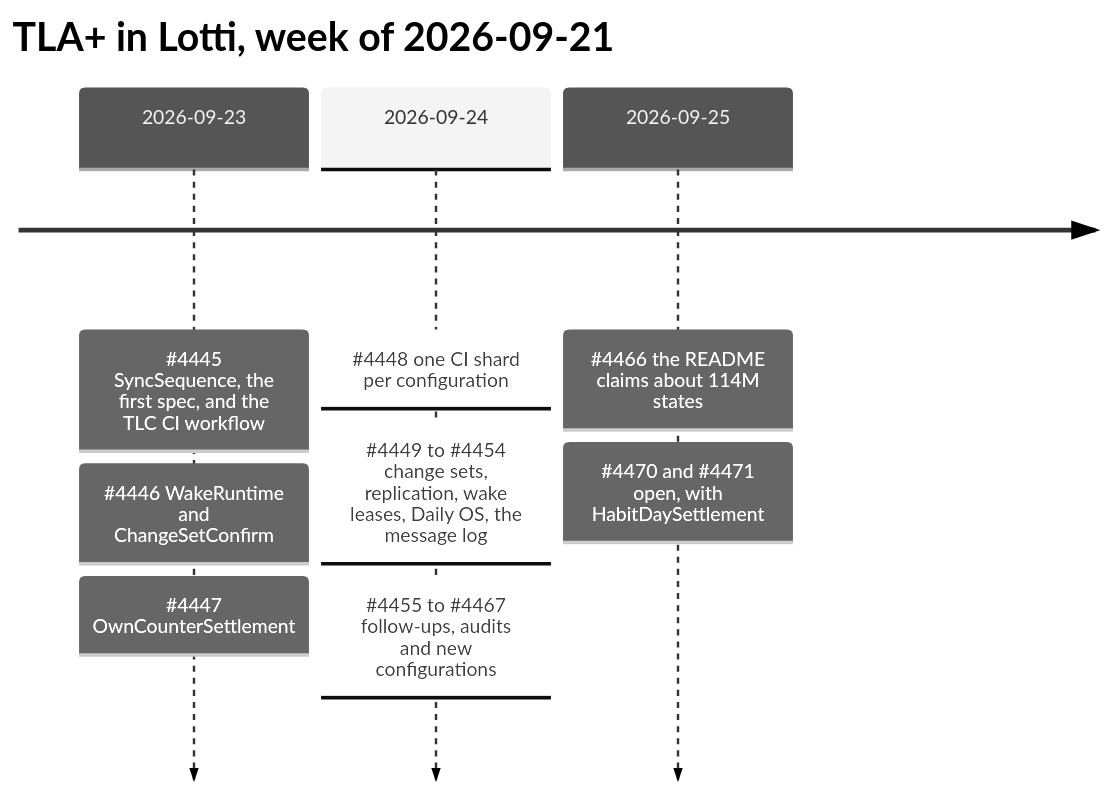
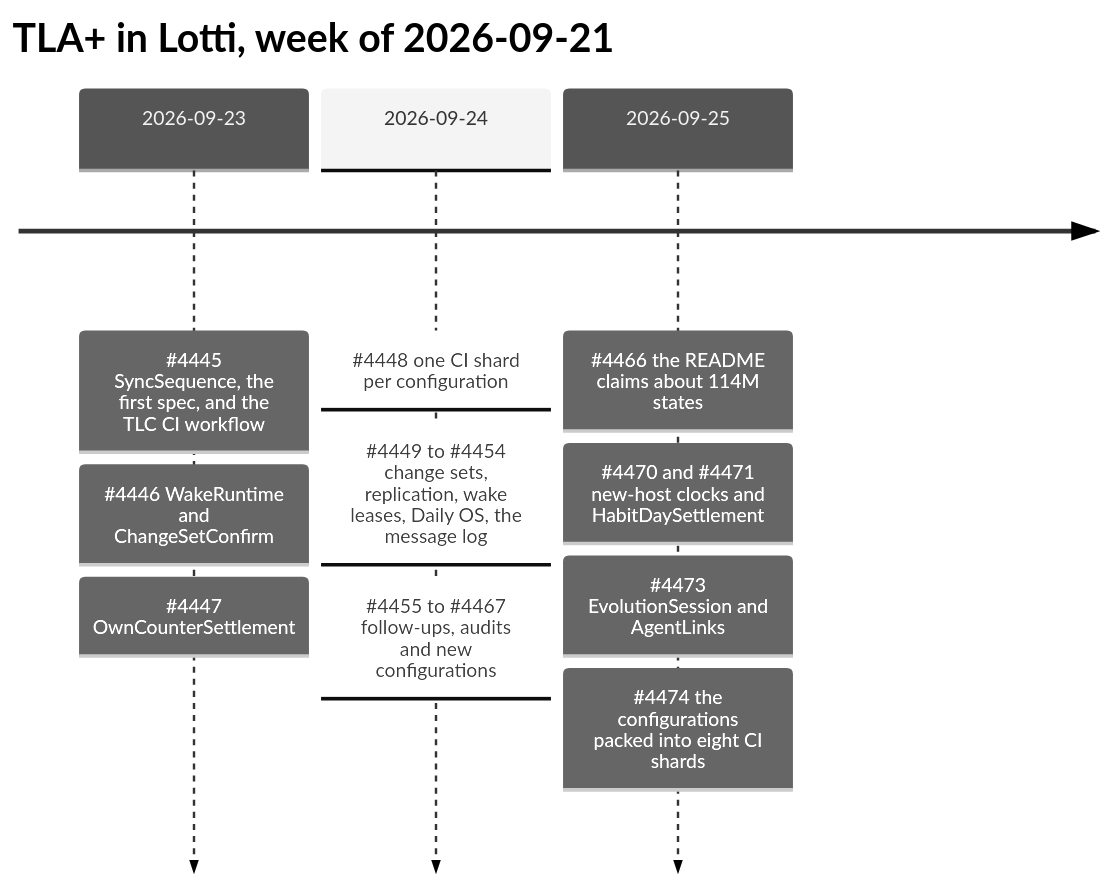
Before and after one commit to matthiasn/lotti: the diagram in specs/tla/LEDGER.md, drawn with Mermaid (neutral theme). The commit also changed other lines of this file, not shown here.

````diff
--- a/specs/tla/LEDGER.md
+++ b/specs/tla/LEDGER.md
@@ -48,12 +50,14 @@
 ```mermaid
 timeline
     title TLA+ in Lotti, week of 2026-09-21
     2026-09-23 : #4445 SyncSequence, the first spec, and the TLC CI workflow
                : #4446 WakeRuntime and ChangeSetConfirm
                : #4447 OwnCounterSettlement
     2026-09-24 : #4448 one CI shard per configuration
                : #4449 to #4454 change sets, replication, wake leases, Daily OS, the message log
                : #4455 to #4467 follow-ups, audits and new configurations
     2026-09-25 : #4466 the README claims about 114M states
-               : #4470 and #4471 open, with HabitDaySettlement
+               : #4470 and #4471 new-host clocks and HabitDaySettlement
+               : #4473 EvolutionSession and AgentLinks
+               : #4474 the configurations packed into eight CI shards
 ```
````
